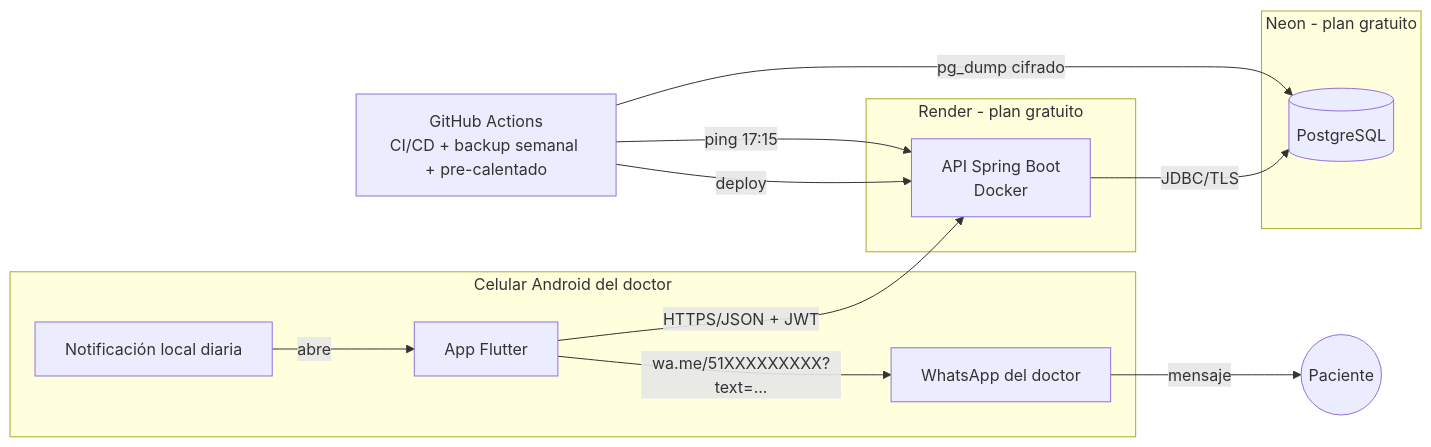
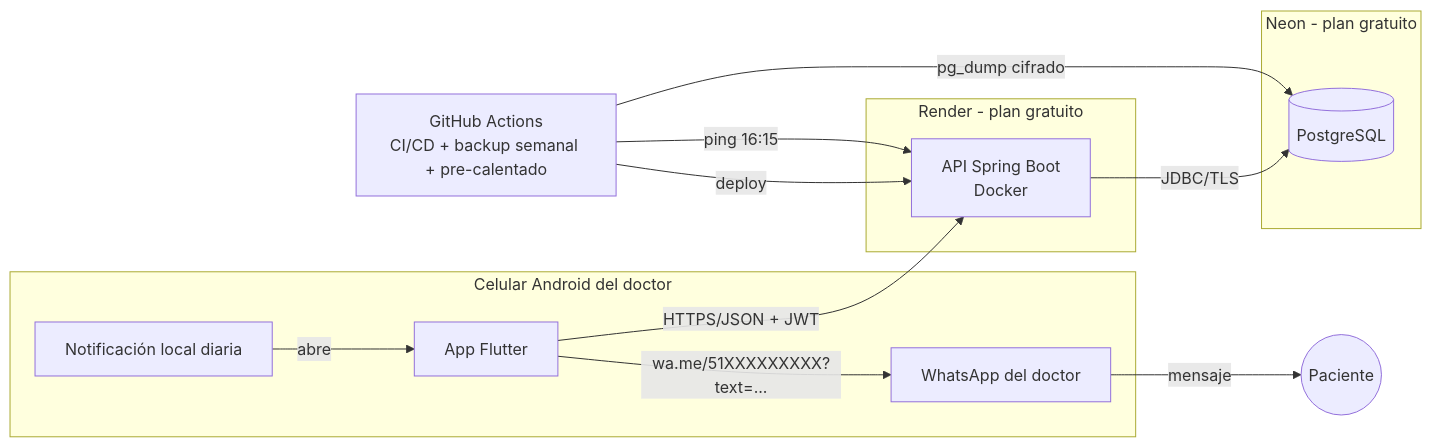
Before and after one commit to Renzoft/gerenz-dent: the first of 2 diagrams in docs/planificacion/04-arquitectura.md, drawn with Mermaid. The commit also changed other lines of this file and 24 other files, not shown here.

````diff
--- a/docs/planificacion/04-arquitectura.md
+++ b/docs/planificacion/04-arquitectura.md
@@ -5,24 +5,24 @@
 ```mermaid
 flowchart LR
     subgraph Celular Android del doctor
         APP[App Flutter]
         NOTIF[Notificación local diaria]
         WA[WhatsApp del doctor]
     end
     subgraph Render - plan gratuito
         API[API Spring Boot<br/>Docker]
     end
     subgraph Neon - plan gratuito
         DB[(PostgreSQL)]
     end
     GH[GitHub Actions<br/>CI/CD + backup semanal + pre-calentado]
 
     APP -- HTTPS/JSON + JWT --> API
     API -- JDBC/TLS --> DB
     NOTIF -- abre --> APP
     APP -- "wa.me/51XXXXXXXXX?text=..." --> WA
     WA -- mensaje --> P((Paciente))
     GH -- deploy --> API
     GH -- pg_dump cifrado --> DB
-    GH -- "ping 17:15" --> API
+    GH -- "ping 16:15" --> API
 ```
````
